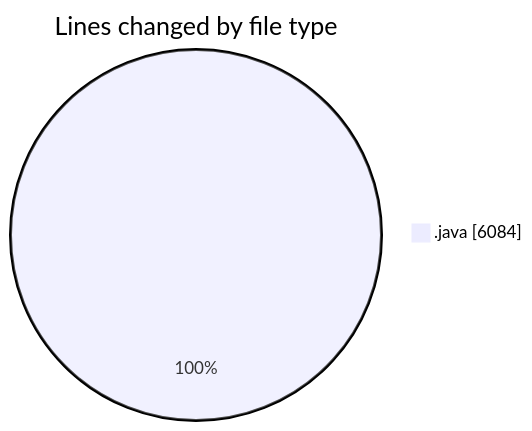
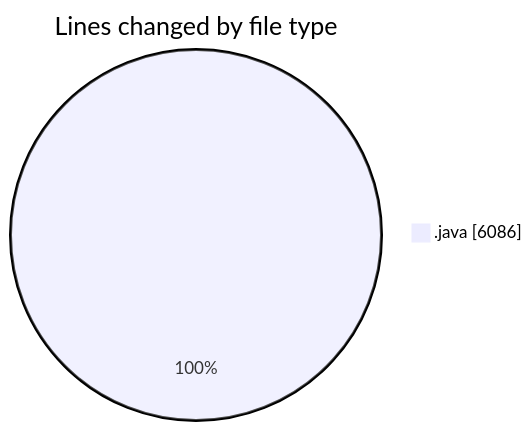
The first of 2 diagrams in 2026-05-05/cilapp/README.md (ricardozamudiocil/code-tracking), drawn with Mermaid before and after one commit. The commit also changed other lines of this file and 1 other file, not shown here.

````diff
--- a/2026-05-05/cilapp/README.md
+++ b/2026-05-05/cilapp/README.md
@@ -26,5 +26,5 @@
 ```mermaid
 pie showData
 title Lines changed by file type
-".java" : 6084
+".java" : 6086
 ```
````
